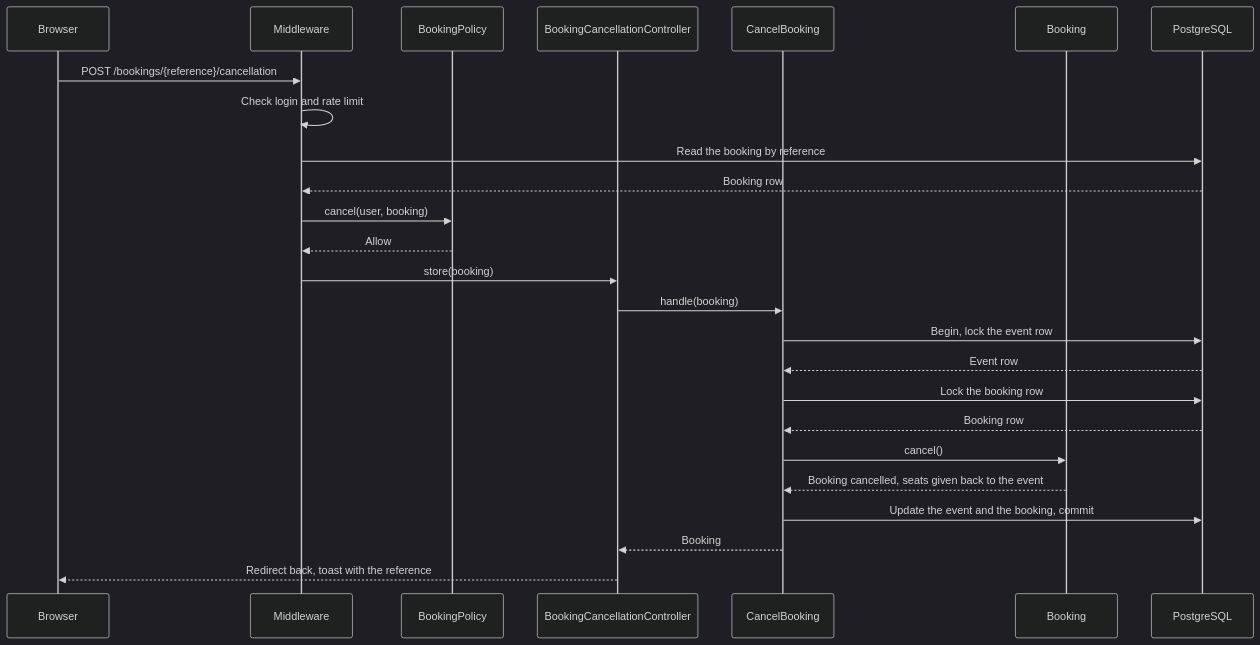
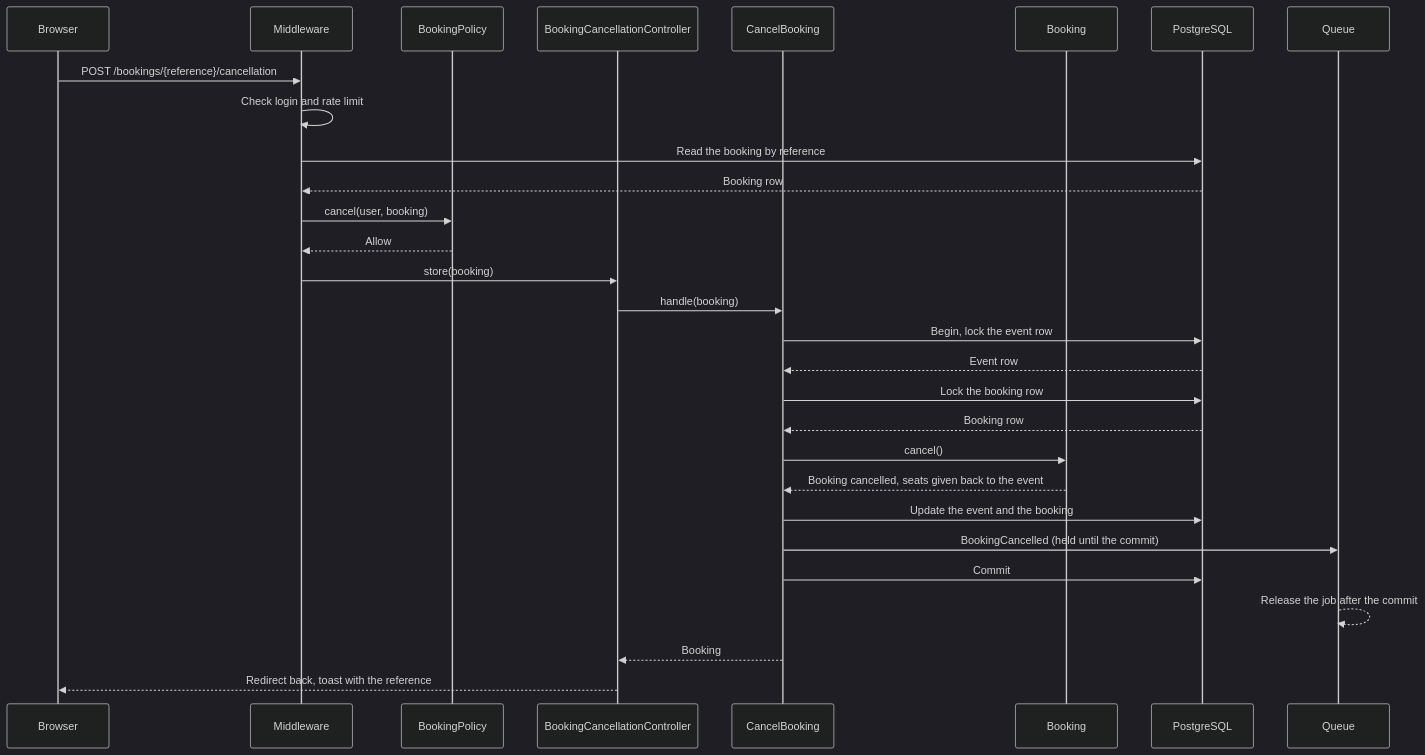
One commit to Leonelmarianog/event-booking-system changed the first of 5 diagrams in app/Actions/CancelBooking/README.md. Above: the diagram before and after it, drawn with Mermaid (dark theme). The commit also changed other lines of this file and 2 other files, not shown here.

Commit message:
docs: document the BookingCancelled email and update handoff

````diff
--- a/app/Actions/CancelBooking/README.md
+++ b/app/Actions/CancelBooking/README.md
@@ -47,28 +60,32 @@
 ```mermaid
 sequenceDiagram
     participant Browser
     participant Middleware
     participant Policy as BookingPolicy
     participant Controller as BookingCancellationController
     participant Action as CancelBooking
     participant Booking
     participant DB as PostgreSQL
+    participant Queue
 
     Browser->>Middleware: POST /bookings/{reference}/cancellation
     Middleware->>Middleware: Check login and rate limit
     Middleware->>DB: Read the booking by reference
     DB-->>Middleware: Booking row
     Middleware->>Policy: cancel(user, booking)
     Policy-->>Middleware: Allow
     Middleware->>Controller: store(booking)
     Controller->>Action: handle(booking)
     Action->>DB: Begin, lock the event row
     DB-->>Action: Event row
     Action->>DB: Lock the booking row
     DB-->>Action: Booking row
     Action->>Booking: cancel()
     Booking-->>Action: Booking cancelled, seats given back to the event
-    Action->>DB: Update the event and the booking, commit
+    Action->>DB: Update the event and the booking
+    Action->>Queue: BookingCancelled (held until the commit)
+    Action->>DB: Commit
+    Queue-->>Queue: Release the job after the commit
     Action-->>Controller: Booking
     Controller-->>Browser: Redirect back, toast with the reference
 ```
````
